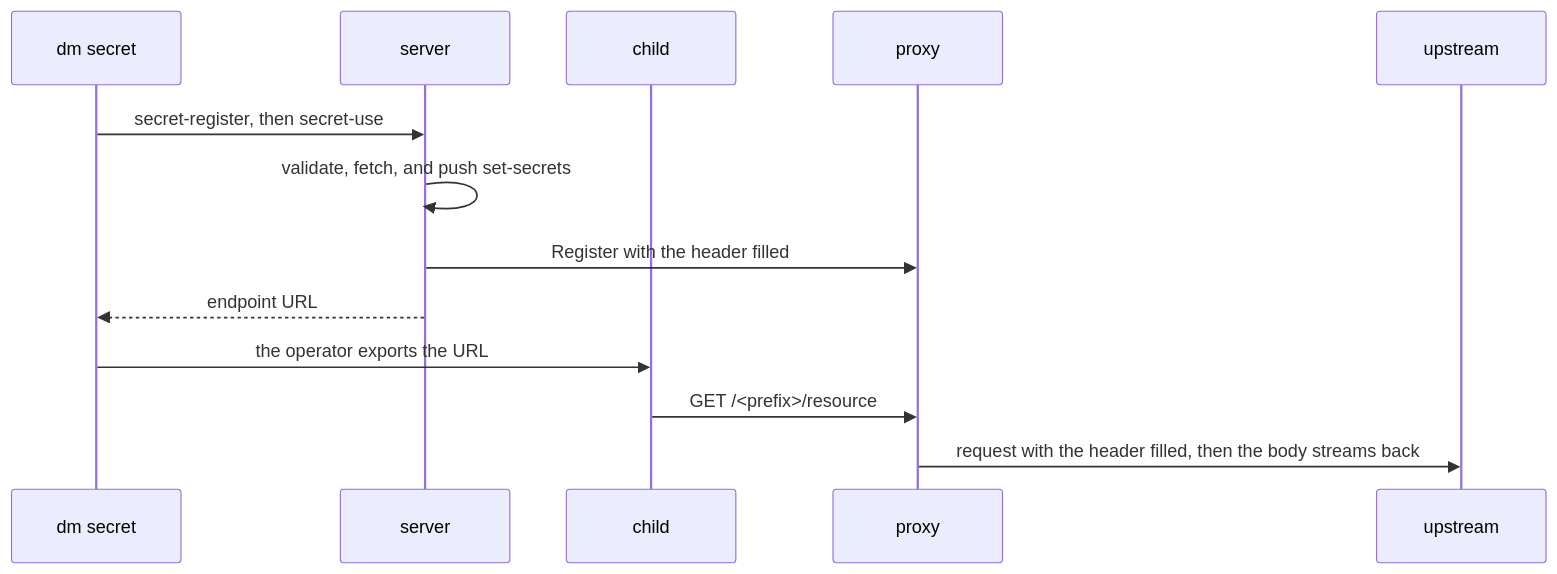
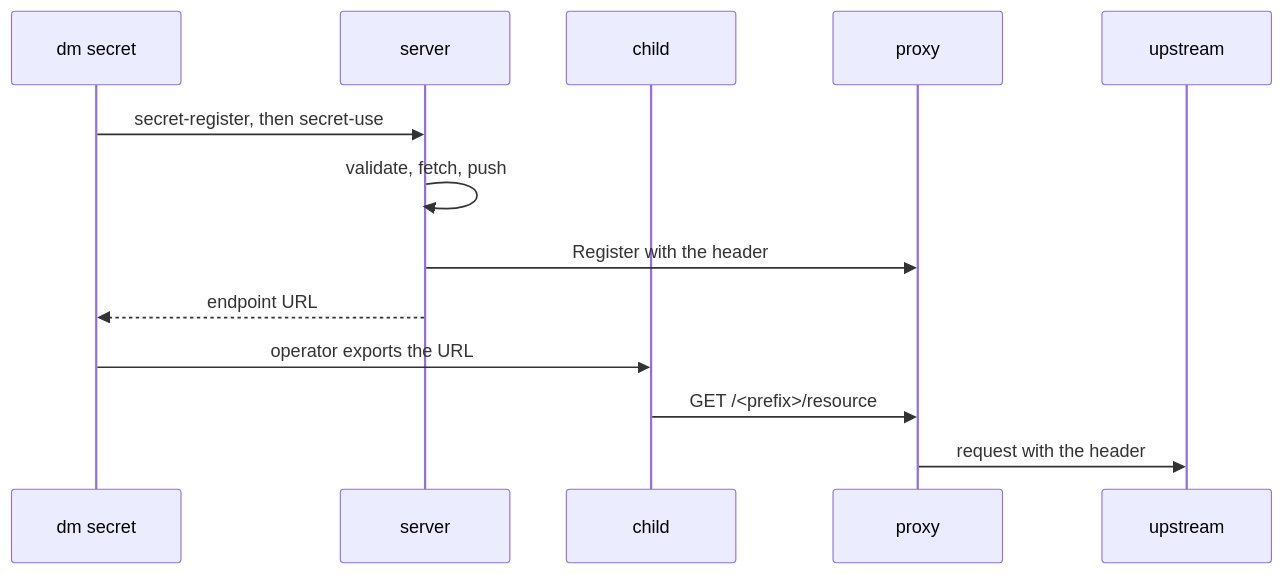
One commit to ladydascalie/dm changed the diagram in docs/internals/09-secrets.md. Above: the diagram before and after it, drawn with Mermaid. The commit also changed 9 other files, not shown here.

First line of the commit message:
docs: make the internals diagrams legible at a page width

````diff
--- a/docs/internals/09-secrets.md
+++ b/docs/internals/09-secrets.md
@@ -71,15 +71,15 @@
 ```mermaid
 sequenceDiagram
     participant CLI as dm secret
     participant SRV as server
     participant CH as child
     participant PX as proxy
     participant UP as upstream
     CLI->>SRV: secret-register, then secret-use
-    SRV->>SRV: validate, fetch, and push set-secrets
-    SRV->>PX: Register with the header filled
+    SRV->>SRV: validate, fetch, push
+    SRV->>PX: Register with the header
     SRV-->>CLI: endpoint URL
-    CLI->>CH: the operator exports the URL
+    CLI->>CH: operator exports the URL
     CH->>PX: GET /<prefix>/resource
-    PX->>UP: request with the header filled, then the body streams back
+    PX->>UP: request with the header
 ```
````
